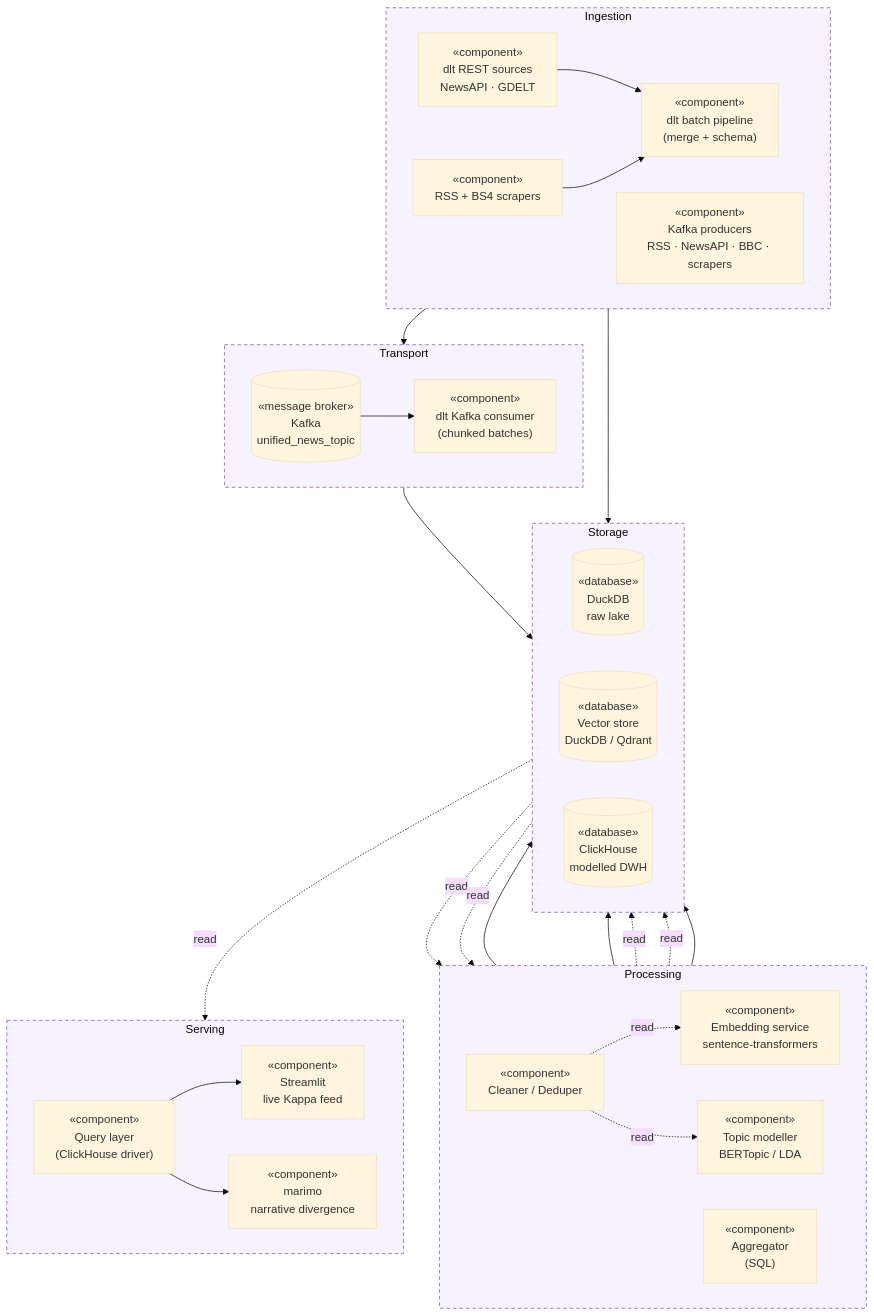
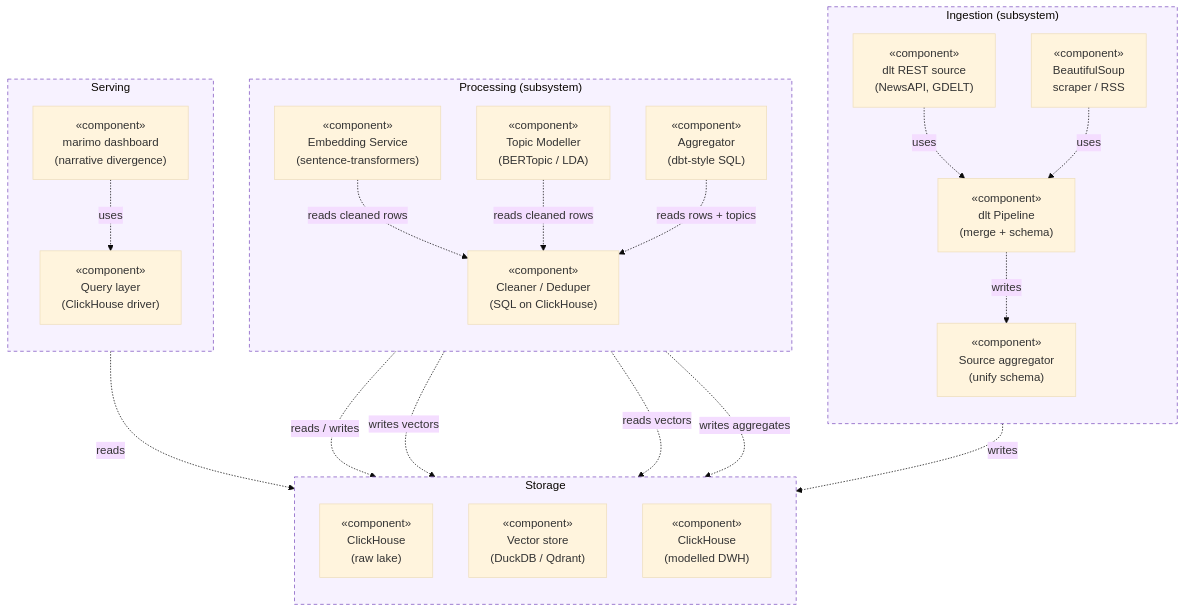
Before and after one commit to njaltran/news-intelligence-platform: the second of 3 diagrams in docs/architecture/03-system-design-diagrams.md, drawn with Mermaid (base theme). The commit also changed other lines of this file, not shown here.

First line of the commit message:
Drop Kafka arm and DuckDB raw lake from architecture diagrams

````diff
--- a/docs/architecture/03-system-design-diagrams.md
+++ b/docs/architecture/03-system-design-diagrams.md
@@ -70,67 +48,50 @@
 ```mermaid
 flowchart TB
-    subgraph ING ["Ingestion"]
-        direction LR
-        DLTSRC["«component»<br/>dlt REST sources<br/>NewsAPI · GDELT"]
-        BS4["«component»<br/>RSS + BS4 scrapers"]
-        DLTPIPE["«component»<br/>dlt batch pipeline<br/>(merge + schema)"]
-        KPROD["«component»<br/>Kafka producers<br/>RSS · NewsAPI · BBC · scrapers"]
+    subgraph ING ["Ingestion (subsystem)"]
+        direction TB
+        DLTSRC["«component»<br/>dlt REST source<br/>(NewsAPI, GDELT)"]
+        BS4["«component»<br/>BeautifulSoup<br/>scraper / RSS"]
+        DLTPIPE["«component»<br/>dlt Pipeline<br/>(merge + schema)"]
+        SRCAGG["«component»<br/>Source aggregator<br/>(unify schema)"]
     end
 
-    subgraph TRANSPORT ["Transport"]
-        direction LR
-        KBROKER[("«message broker»<br/>Kafka<br/>unified_news_topic")]
-        KCONS["«component»<br/>dlt Kafka consumer<br/>(chunked batches)"]
-    end
-
-    subgraph PROC ["Processing"]
-        direction LR
-        CLEAN["«component»<br/>Cleaner / Deduper"]
-        EMB["«component»<br/>Embedding service<br/>sentence-transformers"]
-        TOPIC["«component»<br/>Topic modeller<br/>BERTopic / LDA"]
-        AGG["«component»<br/>Aggregator<br/>(SQL)"]
+    subgraph PROC ["Processing (subsystem)"]
+        direction TB
+        CLEAN["«component»<br/>Cleaner / Deduper<br/>(SQL on ClickHouse)"]
+        EMB["«component»<br/>Embedding Service<br/>(sentence-transformers)"]
+        TOPIC["«component»<br/>Topic Modeller<br/>(BERTopic / LDA)"]
+        AGG["«component»<br/>Aggregator<br/>(dbt-style SQL)"]
     end
 
     subgraph STORE ["Storage"]
-        direction LR
-        DUCK[("«database»<br/>DuckDB<br/>raw lake")]
-        VEC[("«database»<br/>Vector store<br/>DuckDB / Qdrant")]
-        CH[("«database»<br/>ClickHouse<br/>modelled DWH")]
+        direction TB
+        CH_RAW["«component»<br/>ClickHouse<br/>(raw lake)"]
+        VEC["«component»<br/>Vector store<br/>(DuckDB / Qdrant)"]
+        CH["«component»<br/>ClickHouse<br/>(modelled DWH)"]
     end
 
     subgraph SERVE ["Serving"]
-        direction LR
+        direction TB
+        MARIMO["«component»<br/>marimo dashboard<br/>(narrative divergence)"]
         QAPI["«component»<br/>Query layer<br/>(ClickHouse driver)"]
-        STREAMLIT["«component»<br/>Streamlit<br/>live Kappa feed"]
-        MARIMO["«component»<br/>marimo<br/>narrative divergence"]
     end
 
-    %% Lambda wiring
-    DLTSRC --> DLTPIPE
-    BS4    --> DLTPIPE
-    DLTPIPE --> DUCK
+    DLTSRC -. "uses" .-> DLTPIPE
+    BS4    -. "uses" .-> DLTPIPE
+    DLTPIPE -. "writes" .-> SRCAGG
+    SRCAGG  -. "writes" .-> CH_RAW
 
-    %% Kappa wiring
-    KPROD --> KBROKER
-    KBROKER --> KCONS
-    KCONS --> CH
+    CLEAN -. "reads / writes" .-> CH_RAW
+    EMB   -. "reads cleaned rows" .-> CLEAN
+    EMB   -. "writes vectors" .-> VEC
+    TOPIC -. "reads cleaned rows" .-> CLEAN
+    AGG   -. "reads rows + topics" .-> CLEAN
+    AGG   -. "reads vectors" .-> VEC
+    AGG   -. "writes aggregates" .-> CH
 
-    %% Processing wiring
-    DUCK -. read .-> CLEAN
-    CH   -. read .-> CLEAN
-    CLEAN --> DUCK
-    CLEAN -. read .-> EMB
-    CLEAN -. read .-> TOPIC
-    EMB   --> VEC
-    AGG   -. read .-> DUCK
-    AGG   -. read .-> VEC
-    AGG   --> CH
-
-    %% Serving wiring
-    CH -. read .-> QAPI
-    QAPI --> STREAMLIT
-    QAPI --> MARIMO
+    MARIMO -. "uses" .-> QAPI
+    QAPI   -. "reads" .-> CH
 
     classDef sub fill:#f7f2ff,stroke:#7b4fbf,stroke-dasharray: 5 4;
-    class ING,TRANSPORT,PROC,STORE,SERVE sub;
+    class ING,PROC,STORE,SERVE sub;
 ```
````
